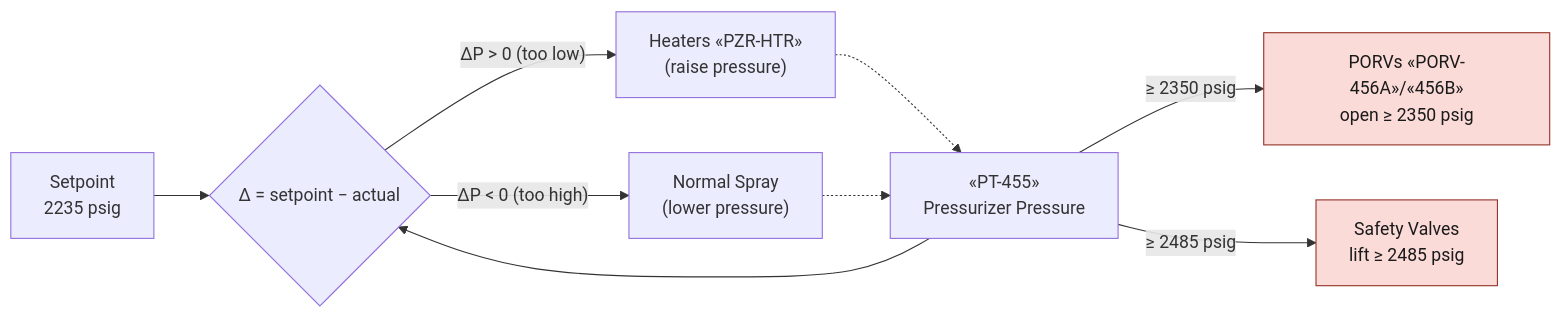
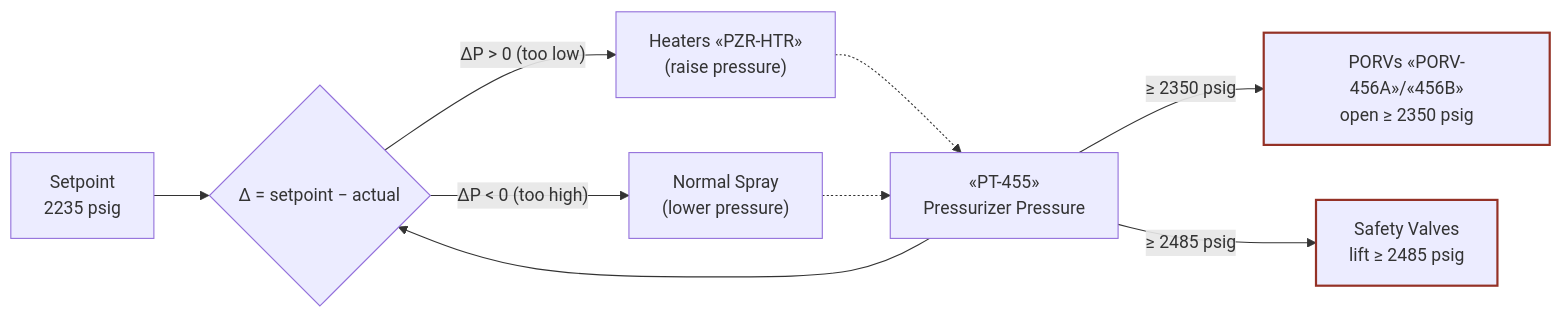
Before and after one commit to samsinn-wikis/pwr-ops: the second of 2 diagrams in wiki/systems/rcs.md, drawn with Mermaid. The commit also changed other lines of this file and 14 other files, not shown here.

````diff
--- a/wiki/systems/rcs.md
+++ b/wiki/systems/rcs.md
@@ -110,22 +110,22 @@
 ```mermaid
 flowchart LR
     SET["Setpoint<br/>2235 psig"]
     PT["«PT-455»<br/>Pressurizer Pressure"]
     DEC{"Δ = setpoint − actual"}
     HTR["Heaters «PZR-HTR»<br/>(raise pressure)"]
     SPR["Normal Spray<br/>(lower pressure)"]
     PORV["PORVs «PORV-456A»/«456B»<br/>open ≥ 2350 psig"]
     SAF["Safety Valves<br/>lift ≥ 2485 psig"]
 
     SET --> DEC
     PT --> DEC
     DEC -- "ΔP > 0 (too low)" --> HTR
     DEC -- "ΔP < 0 (too high)" --> SPR
     PT -- "≥ 2350 psig" --> PORV
     PT -- "≥ 2485 psig" --> SAF
     HTR -.-> PT
     SPR -.-> PT
 
-    classDef alarm fill:#fadbd8,stroke:#943126,color:#1a1a1a
+    classDef alarm stroke:#943126,stroke-width:2px
     class PORV,SAF alarm
 ```
````
